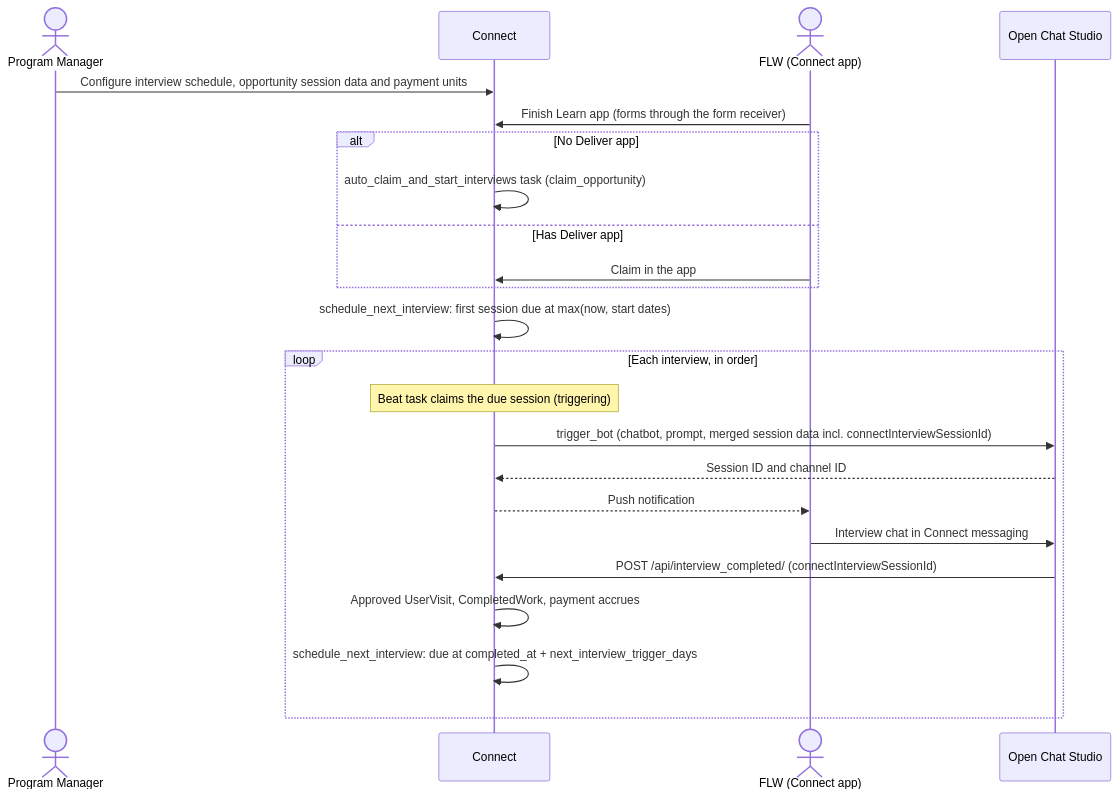
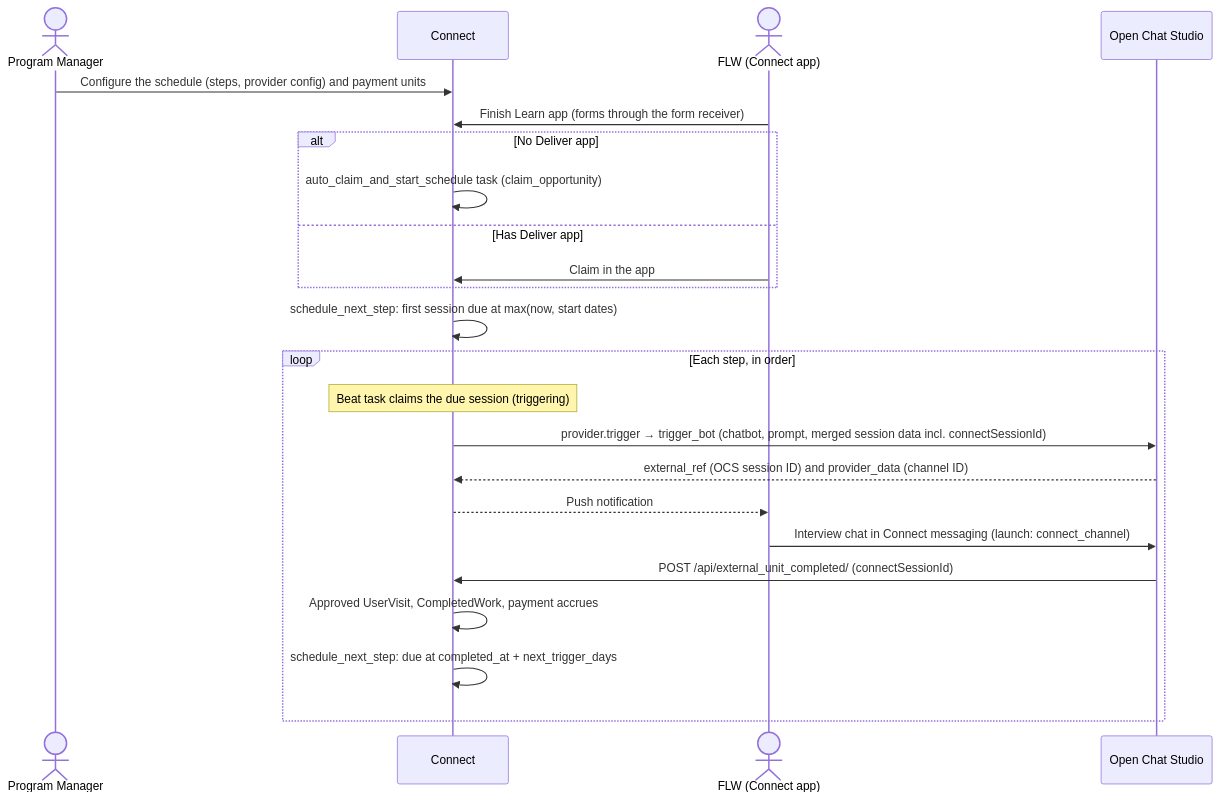
The diagram in outputs/CCCT-2861-spec-doc.md (dimagi/commcare-connect), drawn with Mermaid before and after one commit. The commit also changed other lines of this file, not shown here.

Commit message:
Generalise interview units to external units behind a provider interface in spec

````diff
--- a/outputs/CCCT-2861-spec-doc.md
+++ b/outputs/CCCT-2861-spec-doc.md
@@ -43,26 +43,26 @@
 ```mermaid
 sequenceDiagram
     actor PM as Program Manager
     participant C as Connect
     actor FLW as FLW (Connect app)
     participant OCS as Open Chat Studio
 
-    PM->>C: Configure interview schedule, opportunity session data and payment units
+    PM->>C: Configure the schedule (steps, provider config) and payment units
     FLW->>C: Finish Learn app (forms through the form receiver)
     alt No Deliver app
-        C->>C: auto_claim_and_start_interviews task (claim_opportunity)
+        C->>C: auto_claim_and_start_schedule task (claim_opportunity)
     else Has Deliver app
         FLW->>C: Claim in the app
     end
-    C->>C: schedule_next_interview: first session due at max(now, start dates)
-    loop Each interview, in order
+    C->>C: schedule_next_step: first session due at max(now, start dates)
+    loop Each step, in order
         Note over C: Beat task claims the due session (triggering)
-        C->>OCS: trigger_bot (chatbot, prompt, merged session data incl. connectInterviewSessionId)
-        OCS-->>C: Session ID and channel ID
+        C->>OCS: provider.trigger → trigger_bot (chatbot, prompt, merged session data incl. connectSessionId)
+        OCS-->>C: external_ref (OCS session ID) and provider_data (channel ID)
         C-->>FLW: Push notification
-        FLW->>OCS: Interview chat in Connect messaging
-        OCS->>C: POST /api/interview_completed/ (connectInterviewSessionId)
+        FLW->>OCS: Interview chat in Connect messaging (launch: connect_channel)
+        OCS->>C: POST /api/external_unit_completed/ (connectSessionId)
         C->>C: Approved UserVisit, CompletedWork, payment accrues
-        C->>C: schedule_next_interview: due at completed_at + next_interview_trigger_days
+        C->>C: schedule_next_step: due at completed_at + next_trigger_days
     end
 ```
````
